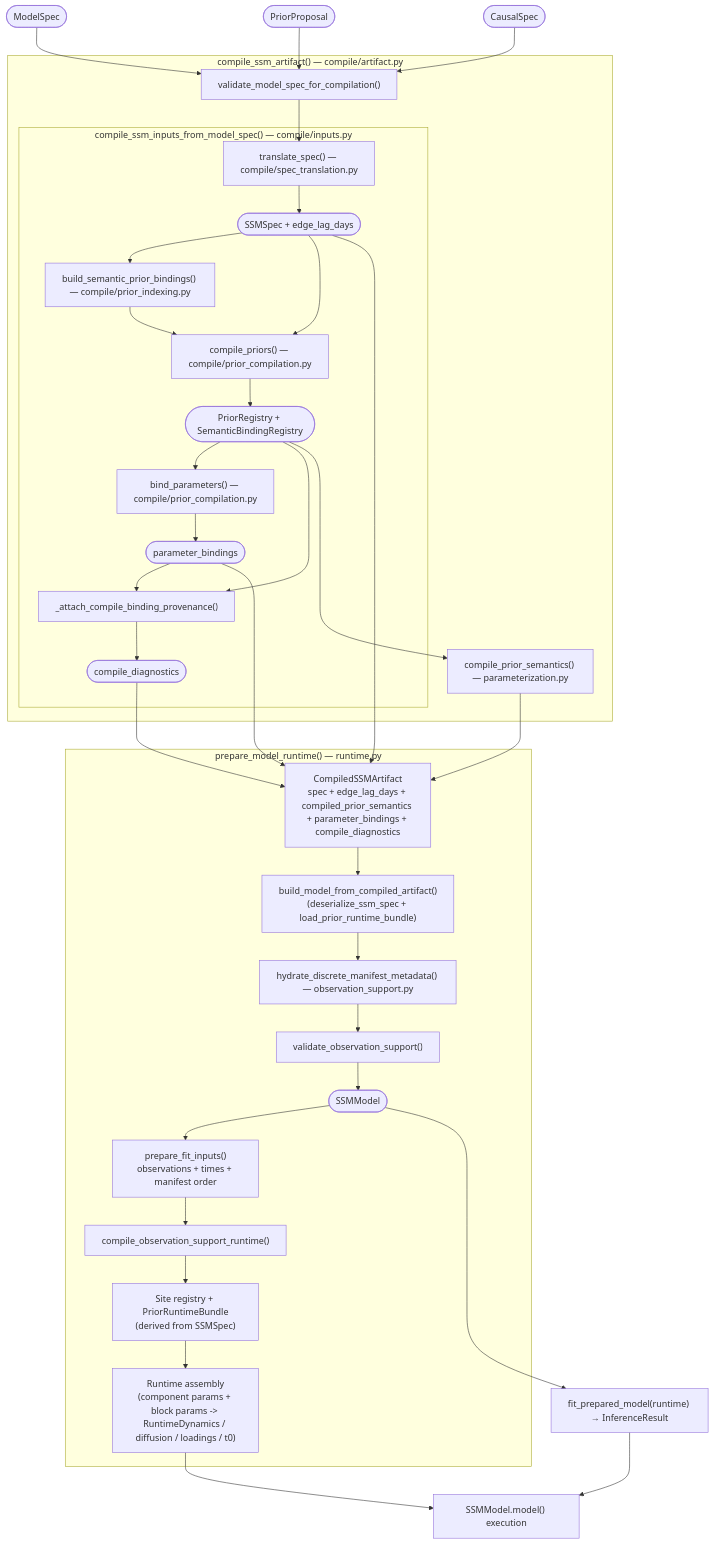
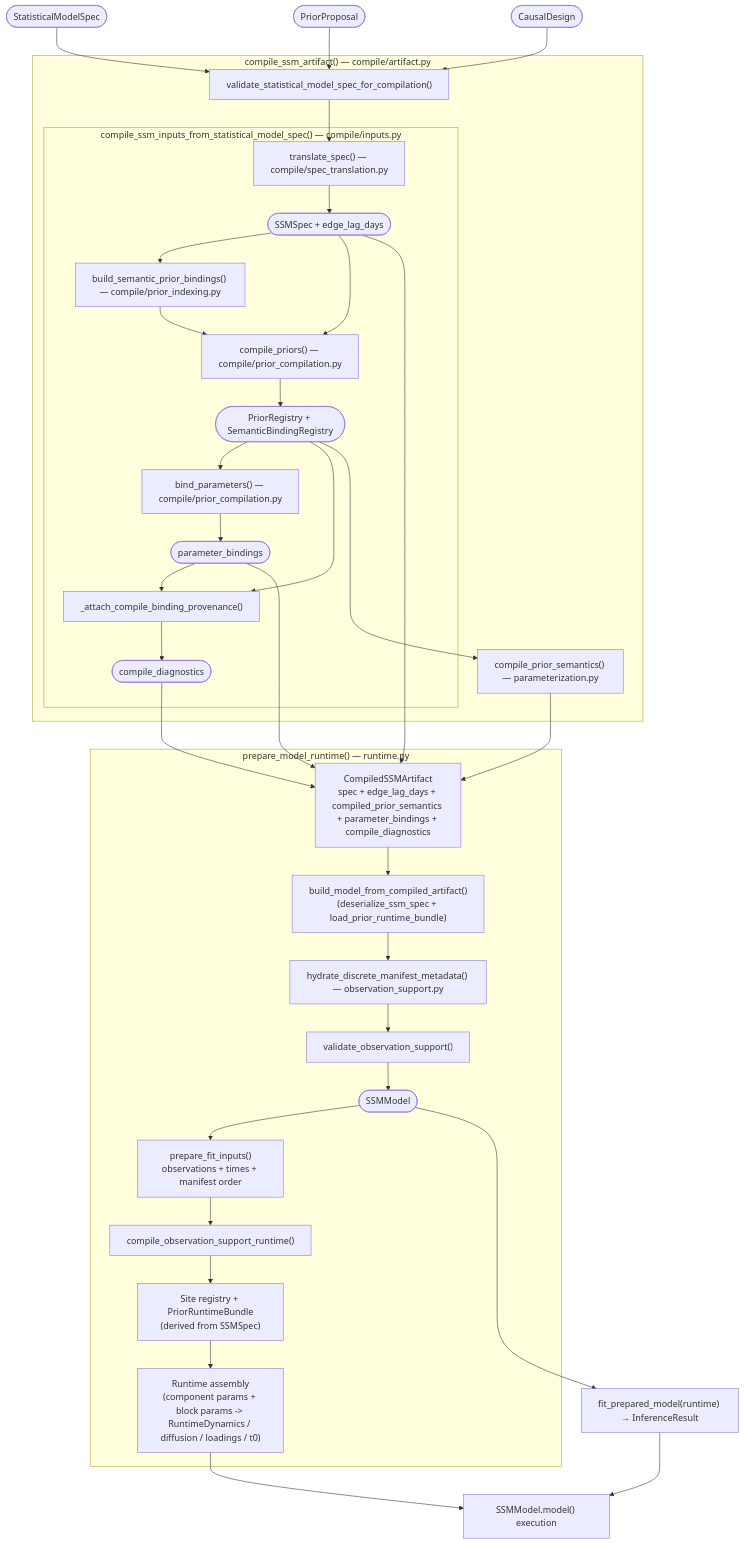
The first of 2 diagrams in docs/reference/compilation.md (ma9o/causal-ssm-agent), drawn with Mermaid before and after one commit. The commit also changed other lines of this file and 282 other files, not shown here.

````diff
--- a/docs/reference/compilation.md
+++ b/docs/reference/compilation.md
@@ -5,54 +5,54 @@
 ```mermaid
 graph TD
-    ModelSpec(["ModelSpec"])
+    StatisticalModelSpec(["StatisticalModelSpec"])
     PriorProposal(["PriorProposal"])
-    CausalSpec(["CausalSpec"])
+    CausalDesign(["CausalDesign"])
 
-    ModelSpec & PriorProposal & CausalSpec --> validate
+    StatisticalModelSpec & PriorProposal & CausalDesign --> validate
 
     subgraph compile_ssm_artifact ["compile_ssm_artifact() — compile/artifact.py"]
-        validate["validate_model_spec_for_compilation()"]
+        validate["validate_statistical_model_spec_for_compilation()"]
         validate --> translate
 
-        subgraph compile_model_spec ["compile_ssm_inputs_from_model_spec() — compile/inputs.py"]
+        subgraph compile_statistical_model_spec ["compile_ssm_inputs_from_statistical_model_spec() — compile/inputs.py"]
             translate["translate_spec() — compile/spec_translation.py"]
             translate --> translate_out(["SSMSpec + edge_lag_days"])
             translate_out --> prior_idx["build_semantic_prior_bindings() — compile/prior_indexing.py"]
             prior_idx --> priors["compile_priors() — compile/prior_compilation.py"]
             translate_out --> priors
             priors --> priors_out(["PriorRegistry + SemanticBindingRegistry"])
             priors_out --> bind["bind_parameters() — compile/prior_compilation.py"]
             bind --> bind_out(["parameter_bindings"])
             priors_out --> attach_diag["_attach_compile_binding_provenance()"]
             bind_out --> attach_diag
             attach_diag --> diag_out(["compile_diagnostics"])
         end
 
         priors_out --> prior_sem["compile_prior_semantics() — parameterization.py"]
     end
 
     translate_out --> artifact
     prior_sem --> artifact
     bind_out --> artifact
     diag_out --> artifact
     artifact["CompiledSSMArtifact\nspec + edge_lag_days + compiled_prior_semantics + parameter_bindings + compile_diagnostics"]
 
     subgraph prepare_model_runtime ["prepare_model_runtime() — runtime.py"]
         artifact --> model_ctor["build_model_from_compiled_artifact()\n(deserialize_ssm_spec + load_prior_runtime_bundle)"]
         model_ctor --> hydrate["hydrate_discrete_manifest_metadata() — observation_support.py"]
         hydrate --> validate_obs["validate_observation_support()"]
         validate_obs --> ssm_model(["SSMModel"])
         ssm_model --> arrays["prepare_fit_inputs()\nobservations + times + manifest order"]
         arrays --> support["compile_observation_support_runtime()"]
         support --> registry["Site registry + PriorRuntimeBundle\n(derived from SSMSpec)"]
         registry --> assemble["Runtime assembly\n(component params + block params -> RuntimeDynamics / diffusion / loadings / t0)"]
     end
 
     ssm_model --> fit["fit_prepared_model(runtime) → InferenceResult"]
     fit --> execute["SSMModel.model() execution"]
     assemble --> execute
 
-    click ModelSpec "../pipeline/04-model-specification-priors.md#modelspec"
-    click PriorProposal "../pipeline/04-model-specification-priors.md#priorproposal"
-    click CausalSpec "../pipeline/01b-measurement-identifiability.md#causalspec"
+    click StatisticalModelSpec "../pipeline/04-statistical-model-specification-priors.md#statisticalmodelspec"
+    click PriorProposal "../pipeline/04-statistical-model-specification-priors.md#priorproposal"
+    click CausalDesign "../pipeline/01b-measurement-structure-identifiability.md#causaldesign"
 ```
````
